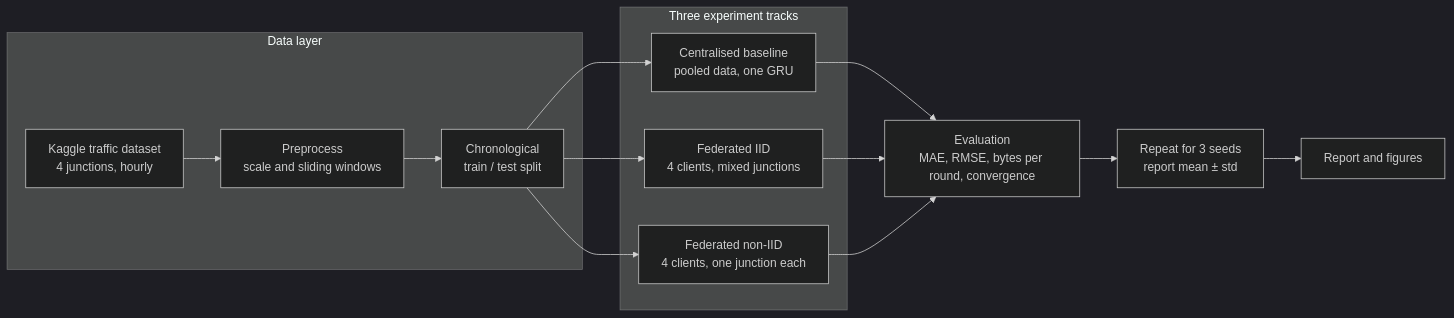
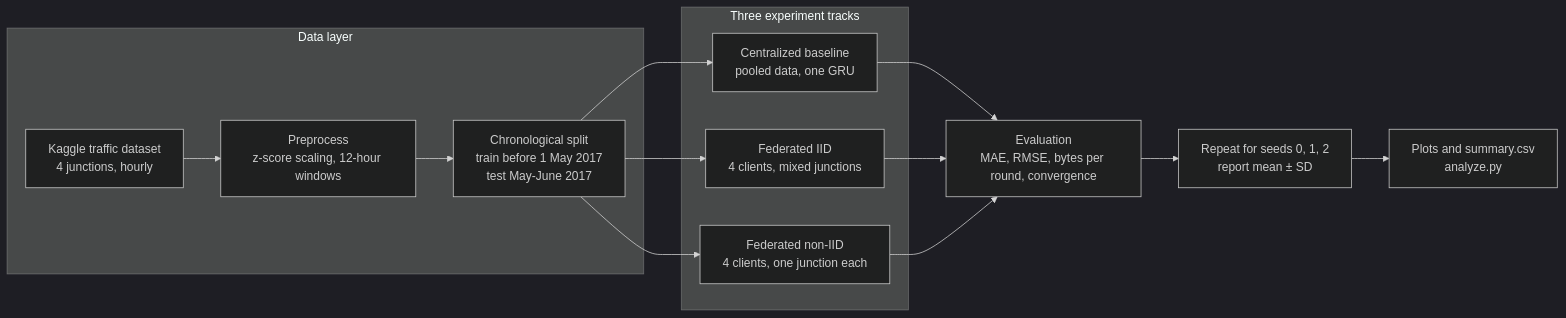
The first of 3 diagrams in README.md (aiori-hackathon/A3-PS003-TC008), drawn with Mermaid (dark theme) before and after one commit. The commit also changed other lines of this file, not shown here.

````diff
--- a/README.md
+++ b/README.md
@@ -80,19 +98,19 @@
 ```mermaid
 flowchart LR
-    subgraph DATA["Data layer"]
-        A["Kaggle traffic dataset<br/>4 junctions, hourly"] --> B["Preprocess<br/>scale and sliding windows"]
-        B --> C["Chronological<br/>train / test split"]
+    subgraph DATA ["Data layer"]
+        A["Kaggle traffic dataset<br/>4 junctions, hourly"] --> B["Preprocess<br/>z-score scaling, 12-hour windows"]
+        B --> C["Chronological split<br/>train before 1 May 2017<br/>test May-June 2017"]
     end
- 
-    subgraph EXP["Three experiment tracks"]
-        C --> D["Centralised baseline<br/>pooled data, one GRU"]
+
+    subgraph EXP ["Three experiment tracks"]
+        C --> D["Centralized baseline<br/>pooled data, one GRU"]
         C --> E["Federated IID<br/>4 clients, mixed junctions"]
         C --> F["Federated non-IID<br/>4 clients, one junction each"]
     end
- 
+
     D --> G["Evaluation<br/>MAE, RMSE, bytes per round, convergence"]
     E --> G
     F --> G
-    G --> H["Repeat for 3 seeds<br/>report mean ± std"]
-    H --> I["Report and figures"]
+    G --> H["Repeat for seeds 0, 1, 2<br/>report mean ± SD"]
+    H --> I["Plots and summary.csv<br/>analyze.py"]
 ```
````
